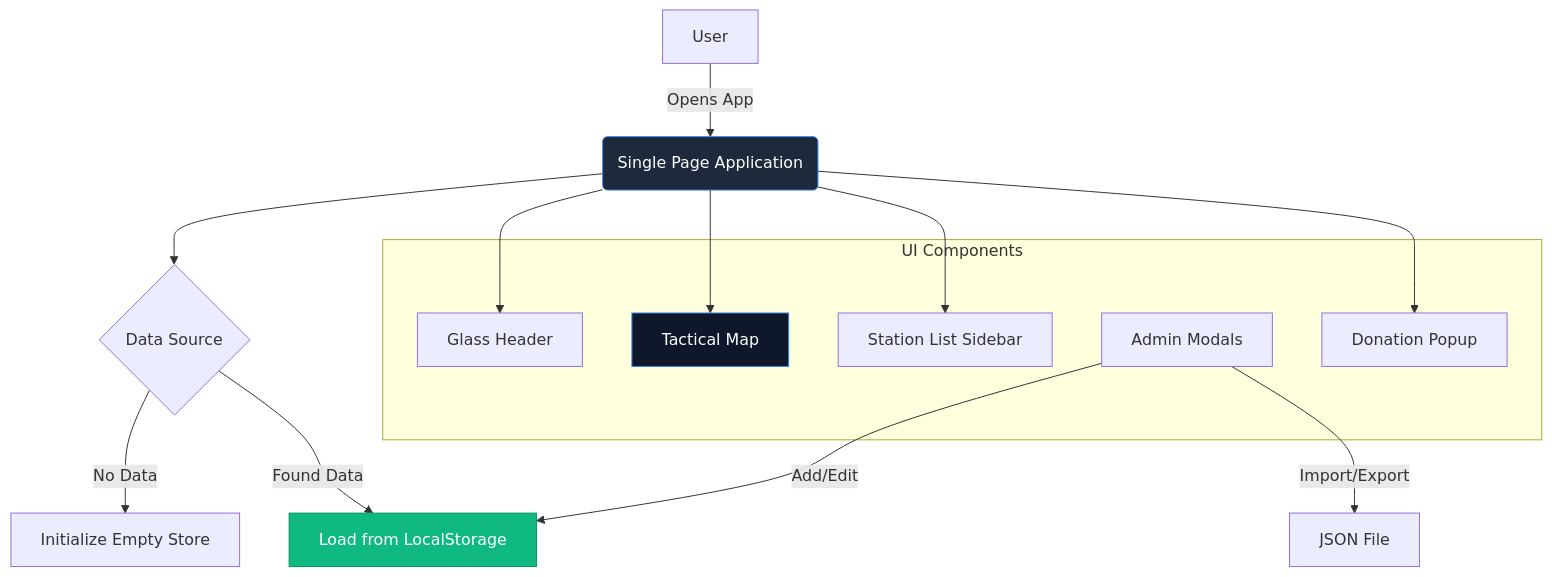
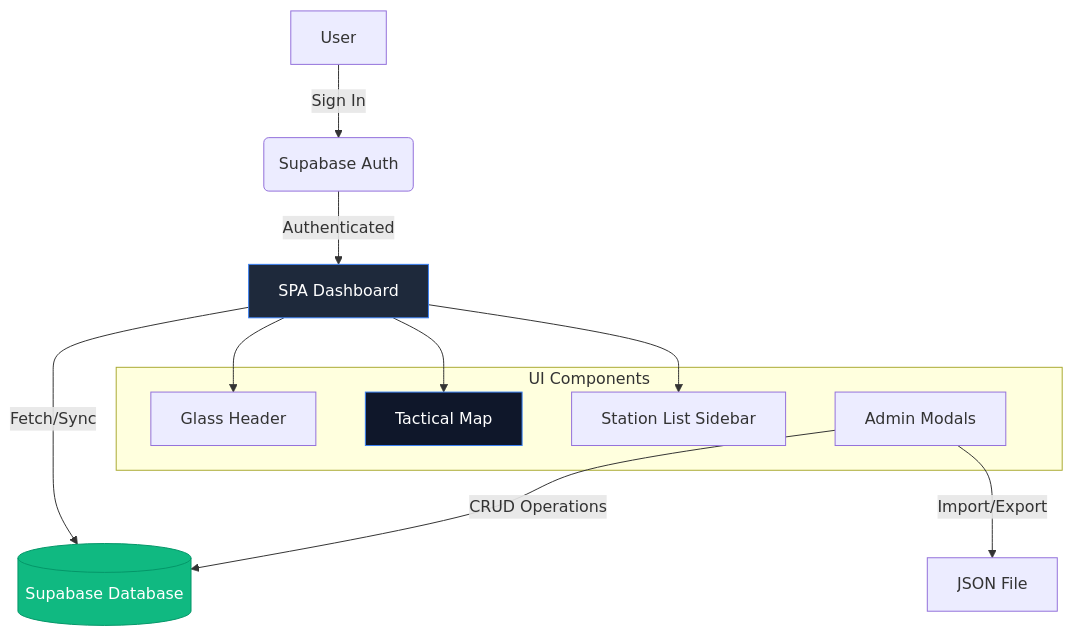
The diagram in README.md (9M2PJU/9M2PJU-Amateur-Radio-Simulated-Emergency-Test-Dashboard), drawn with Mermaid before and after one commit. The commit also changed other lines of this file and 18 other files, not shown here.

````diff
--- a/README.md
+++ b/README.md
@@ -31,27 +32,24 @@
 ```mermaid
 graph TD
-    A[User] -->|Opens App| B(Single Page Application)
-    B --> C{Data Source}
-    C -->|No Data| D[Initialize Empty Store]
-    C -->|Found Data| E[Load from LocalStorage]
+    A[User] -->|Sign In| B(Supabase Auth)
+    B -->|Authenticated| C[SPA Dashboard]
+    C -->|Fetch/Sync| D[(Supabase Database)]
     
     subgraph UI Components
         F[Glass Header]
         G[Tactical Map]
         H[Station List Sidebar]
         I[Admin Modals]
-        K[Donation Popup]
     end
     
-    B --> F
-    B --> G
-    B --> H
-    B --> K
+    C --> F
+    C --> G
+    C --> H
     
-    I -->|Add/Edit| E
+    I -->|CRUD Operations| D
     I -->|Import/Export| J[JSON File]
     
-    style B fill:#1e293b,stroke:#3b82f6,color:#fff
+    style C fill:#1e293b,stroke:#3b82f6,color:#fff
     style G fill:#0f172a,stroke:#3b82f6,color:#fff
-    style E fill:#10b981,stroke:#059669,color:#fff
+    style D fill:#10b981,stroke:#059669,color:#fff
 ```
````
